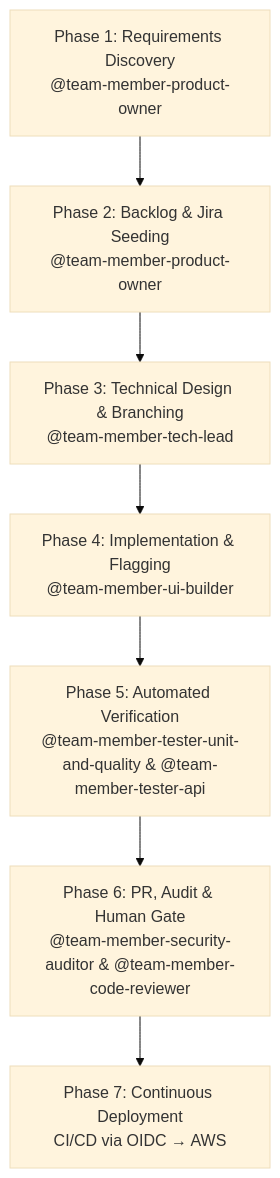
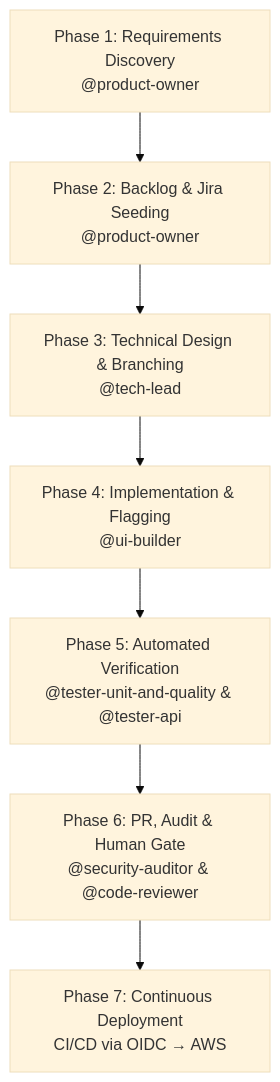
Before and after one commit to maglez/eop-threat-medeling: the diagram in .opencode/docs/OpenCode_Autonomous_Engineering_System_Blueprint.md, drawn with Mermaid (base theme). The commit also changed other lines of this file and 32 other files, not shown here.

````diff
--- a/.opencode/docs/OpenCode_Autonomous_Engineering_System_Blueprint.md
+++ b/.opencode/docs/OpenCode_Autonomous_Engineering_System_Blueprint.md
@@ -842,12 +842,12 @@
 ```mermaid
 graph TB
-    P1["Phase 1: Requirements Discovery<br/>@team-member-product-owner"]
-    P2["Phase 2: Backlog & Jira Seeding<br/>@team-member-product-owner"]
-    P3["Phase 3: Technical Design & Branching<br/>@team-member-tech-lead"]
-    P4["Phase 4: Implementation & Flagging<br/>@team-member-ui-builder"]
-    P5["Phase 5: Automated Verification<br/>@team-member-tester-unit-and-quality & @team-member-tester-api"]
-    P6["Phase 6: PR, Audit & Human Gate<br/>@team-member-security-auditor & @team-member-code-reviewer"]
+    P1["Phase 1: Requirements Discovery<br/>@product-owner"]
+    P2["Phase 2: Backlog & Jira Seeding<br/>@product-owner"]
+    P3["Phase 3: Technical Design & Branching<br/>@tech-lead"]
+    P4["Phase 4: Implementation & Flagging<br/>@ui-builder"]
+    P5["Phase 5: Automated Verification<br/>@tester-unit-and-quality & @tester-api"]
+    P6["Phase 6: PR, Audit & Human Gate<br/>@security-auditor & @code-reviewer"]
     P7["Phase 7: Continuous Deployment<br/>CI/CD via OIDC → AWS"]
 
     P1 --> P2 --> P3 --> P4 --> P5 --> P6 --> P7
 ```
````
